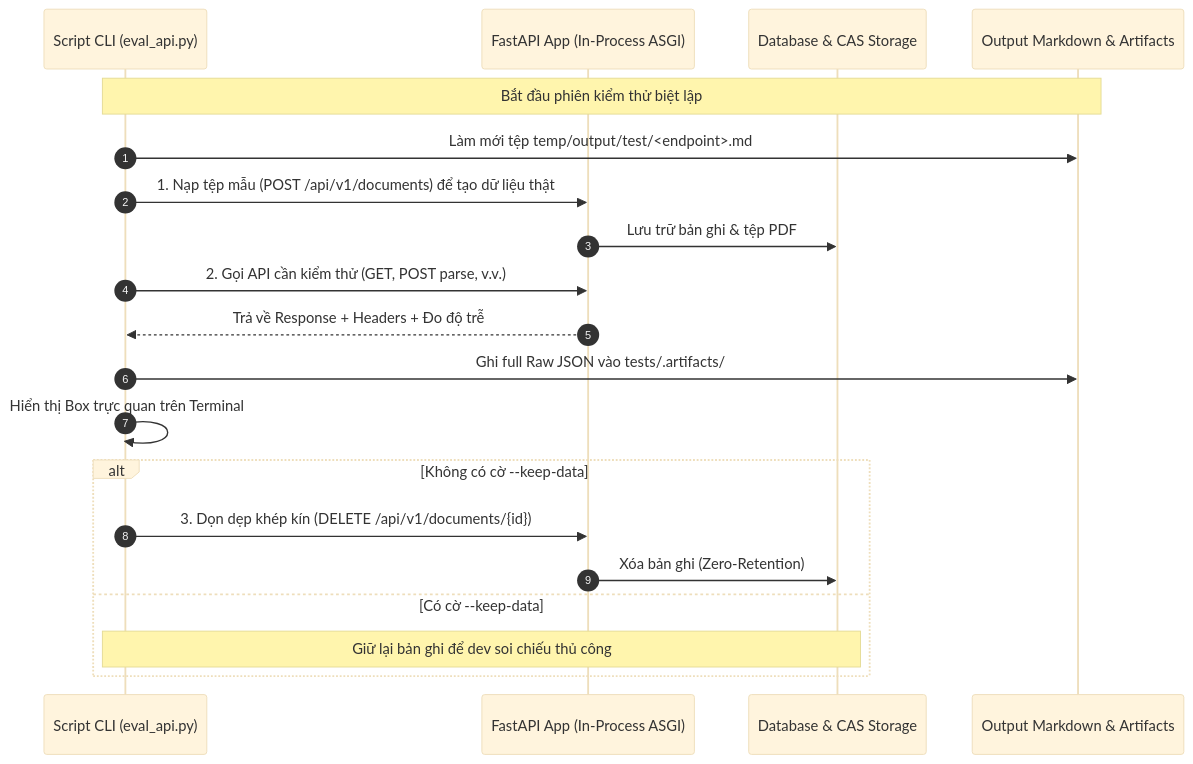
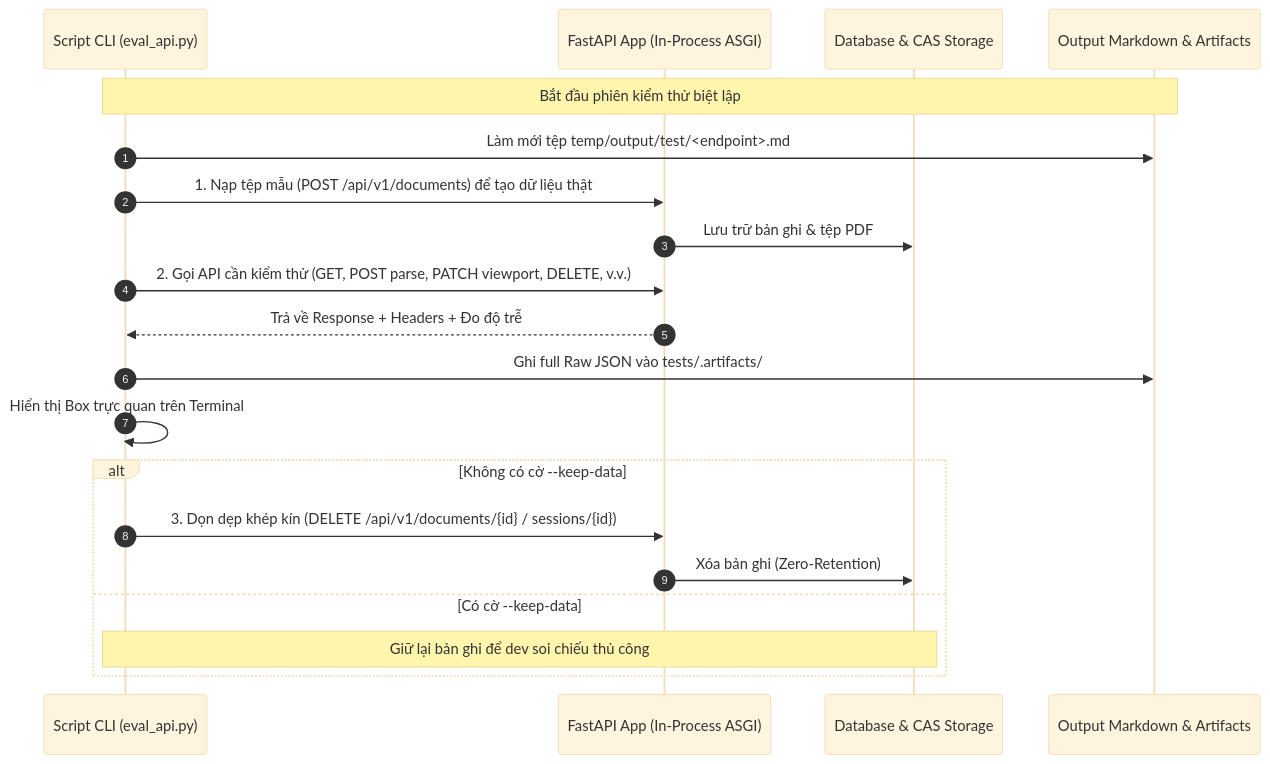
One commit to dammanhdungvn/VeriScholar changed the diagram in scripts/README.md. Above: the diagram before and after it, drawn with Mermaid (base theme). The commit also changed other lines of this file and 4 other files, not shown here.

Commit message:
feat(api): add technical design and automated eval runner for session viewport auto-save

````diff
--- a/scripts/README.md
+++ b/scripts/README.md
@@ -82,23 +135,23 @@
 ```mermaid
 sequenceDiagram
     autonumber
     participant CLI as Script CLI (eval_api.py)
     participant API as FastAPI App (In-Process ASGI)
     participant DB as Database & CAS Storage
     participant Report as Output Markdown & Artifacts
 
     Note over CLI,Report: Bắt đầu phiên kiểm thử biệt lập
     CLI->>Report: Làm mới tệp temp/output/test/<endpoint>.md
     CLI->>API: 1. Nạp tệp mẫu (POST /api/v1/documents) để tạo dữ liệu thật
     API->>DB: Lưu trữ bản ghi & tệp PDF
-    CLI->>API: 2. Gọi API cần kiểm thử (GET, POST parse, v.v.)
+    CLI->>API: 2. Gọi API cần kiểm thử (GET, POST parse, PATCH viewport, DELETE, v.v.)
     API-->>CLI: Trả về Response + Headers + Đo độ trễ
     CLI->>Report: Ghi full Raw JSON vào tests/.artifacts/
     CLI->>CLI: Hiển thị Box trực quan trên Terminal
     alt Không có cờ --keep-data
-        CLI->>API: 3. Dọn dẹp khép kín (DELETE /api/v1/documents/{id})
+        CLI->>API: 3. Dọn dẹp khép kín (DELETE /api/v1/documents/{id} / sessions/{id})
         API->>DB: Xóa bản ghi (Zero-Retention)
     else Có cờ --keep-data
         Note over CLI,DB: Giữ lại bản ghi để dev soi chiếu thủ công
     end
 ```
````
